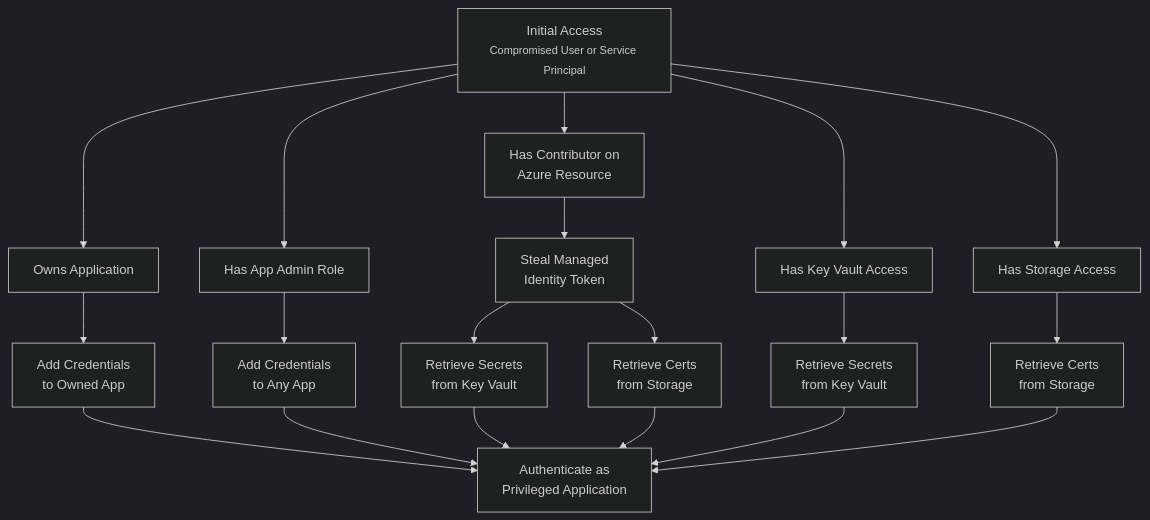
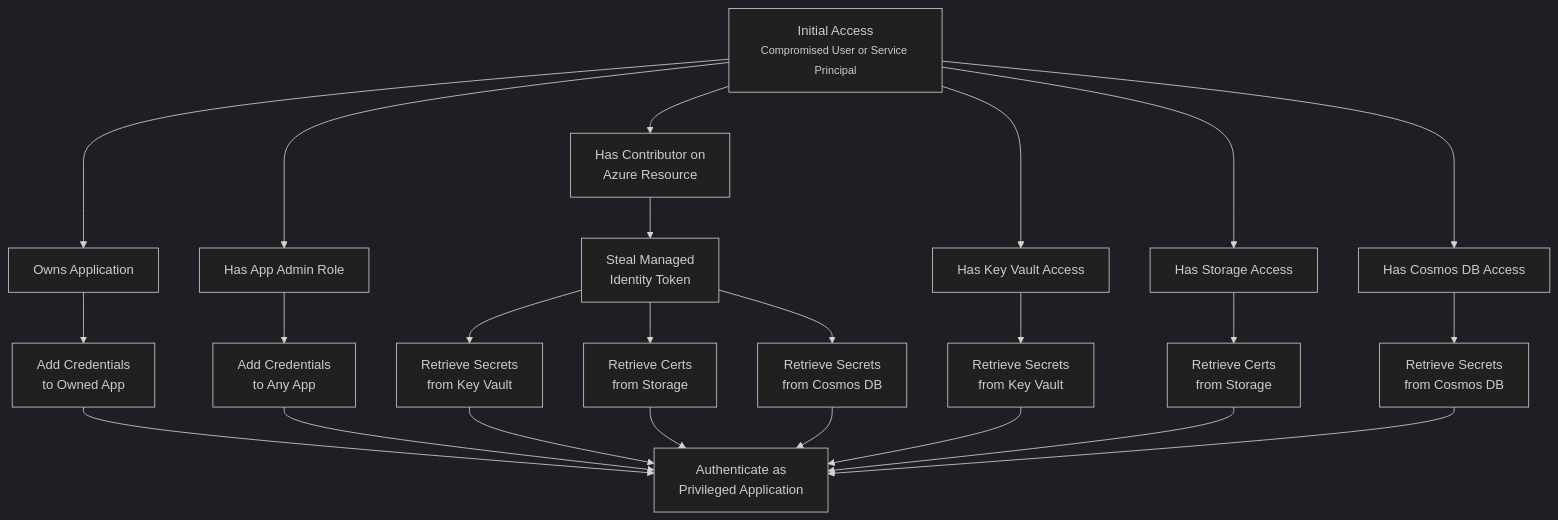
Before and after one commit to mvelazc0/BadZure: the diagram in docs/attack-paths/index.md, drawn with Mermaid (dark theme). The commit also changed other lines of this file and 15 other files, not shown here.

````diff
--- a/docs/attack-paths/index.md
+++ b/docs/attack-paths/index.md
@@ -14,27 +14,32 @@
 ``` mermaid
 graph TD
     IA["Initial Access<br/><small>Compromised User or Service Principal</small>"]
 
     IA --> OWN["Owns Application"]
     IA --> ADMIN["Has App Admin Role"]
     IA --> CONTRIB["Has Contributor on<br/>Azure Resource"]
     IA --> KV["Has Key Vault Access"]
     IA --> SA["Has Storage Access"]
+    IA --> CDB["Has Cosmos DB Access"]
 
     OWN --> CRED1["Add Credentials<br/>to Owned App"]
     ADMIN --> CRED2["Add Credentials<br/>to Any App"]
     CONTRIB --> MI["Steal Managed<br/>Identity Token"]
     MI --> RETRIEVE1["Retrieve Secrets<br/>from Key Vault"]
     MI --> RETRIEVE2["Retrieve Certs<br/>from Storage"]
+    MI --> RETRIEVE5["Retrieve Secrets<br/>from Cosmos DB"]
     KV --> RETRIEVE3["Retrieve Secrets<br/>from Key Vault"]
     SA --> RETRIEVE4["Retrieve Certs<br/>from Storage"]
+    CDB --> RETRIEVE6["Retrieve Secrets<br/>from Cosmos DB"]
 
     CRED1 --> PRIV["Authenticate as<br/>Privileged Application"]
     CRED2 --> PRIV
     RETRIEVE1 --> PRIV
     RETRIEVE2 --> PRIV
     RETRIEVE3 --> PRIV
     RETRIEVE4 --> PRIV
+    RETRIEVE5 --> PRIV
+    RETRIEVE6 --> PRIV
 
 
 ```
````
